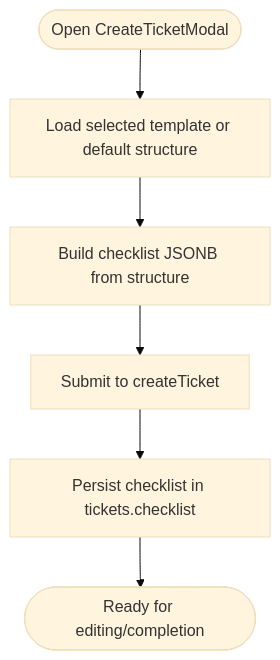
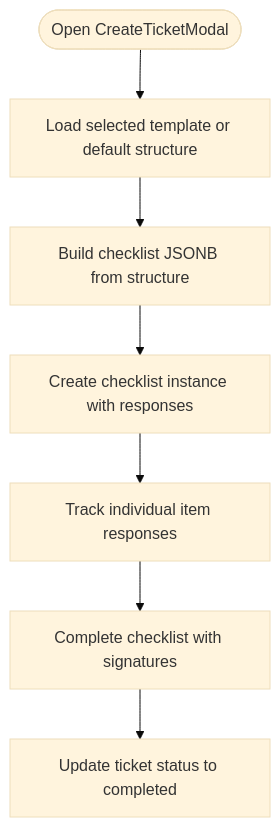
Before and after one commit to gastaldellomarco/pcReady: the sixth of 14 diagrams in .qoder/repowiki/en/content/Ticket Management System/Ticket Management System.md, drawn with Mermaid (base theme). The commit also changed other lines of this file and 19 other files, not shown here.

````diff
--- a/.qoder/repowiki/en/content/Ticket Management System/Ticket Management System.md
+++ b/.qoder/repowiki/en/content/Ticket Management System/Ticket Management System.md
@@ -289,8 +340,9 @@
 ```mermaid
 flowchart TD
 Start(["Open CreateTicketModal"]) --> LoadTpl["Load selected template or default structure"]
 LoadTpl --> BuildChecklist["Build checklist JSONB from structure"]
-BuildChecklist --> Submit["Submit to createTicket"]
-Submit --> InsertDB["Persist checklist in tickets.checklist"]
-InsertDB --> Done(["Ready for editing/completion"])
+BuildChecklist --> CreateInstance["Create checklist instance with responses"]
+CreateInstance --> TrackResponses["Track individual item responses"]
+TrackResponses --> CompleteChecklist["Complete checklist with signatures"]
+CompleteChecklist --> UpdateStatus["Update ticket status to completed"]
 ```
````
